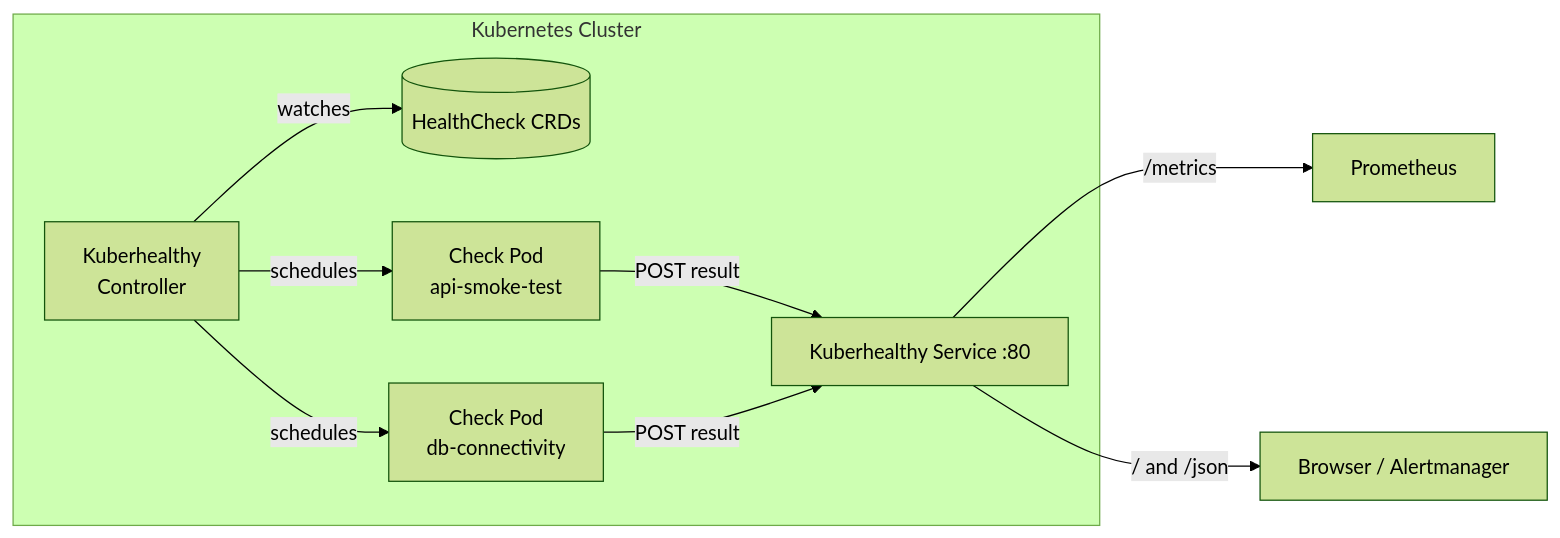
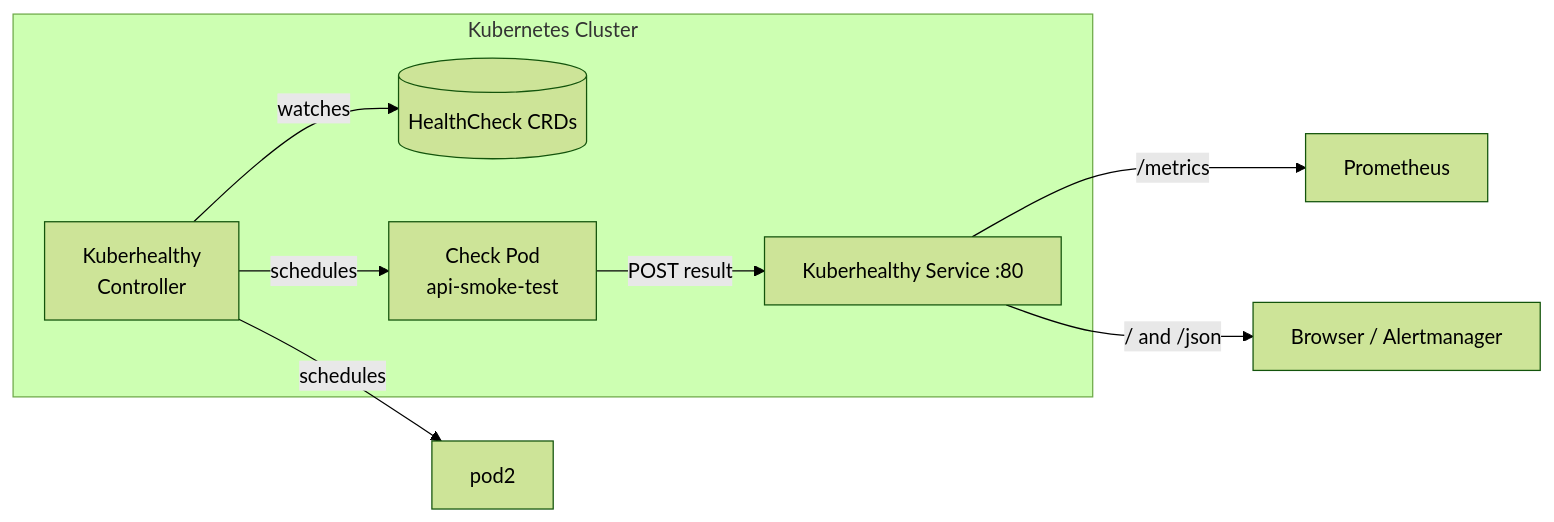
Before and after one commit to kuberhealthy/kuberhealthy: the diagram in README.md, drawn with Mermaid (forest theme). The commit also changed other lines of this file, not shown here.

Commit message:
simplify diagram

````diff
--- a/README.md
+++ b/README.md
@@ -33,20 +33,18 @@
 ```mermaid
 flowchart LR
     subgraph cluster[Kubernetes Cluster]
         controller[Kuberhealthy\nController]
         crd[(HealthCheck CRDs)]
         pod1[Check Pod\napi-smoke-test]
-        pod2[Check Pod\ndb-connectivity]
         svc[Kuberhealthy Service :80]
     end
     prom[Prometheus]
     ui[Browser / Alertmanager]
 
     controller -- watches --> crd
     controller -- schedules --> pod1
     controller -- schedules --> pod2
     pod1 -- POST result --> svc
-    pod2 -- POST result --> svc
     svc -- /metrics --> prom
     svc -- / and /json --> ui
 ```
````
